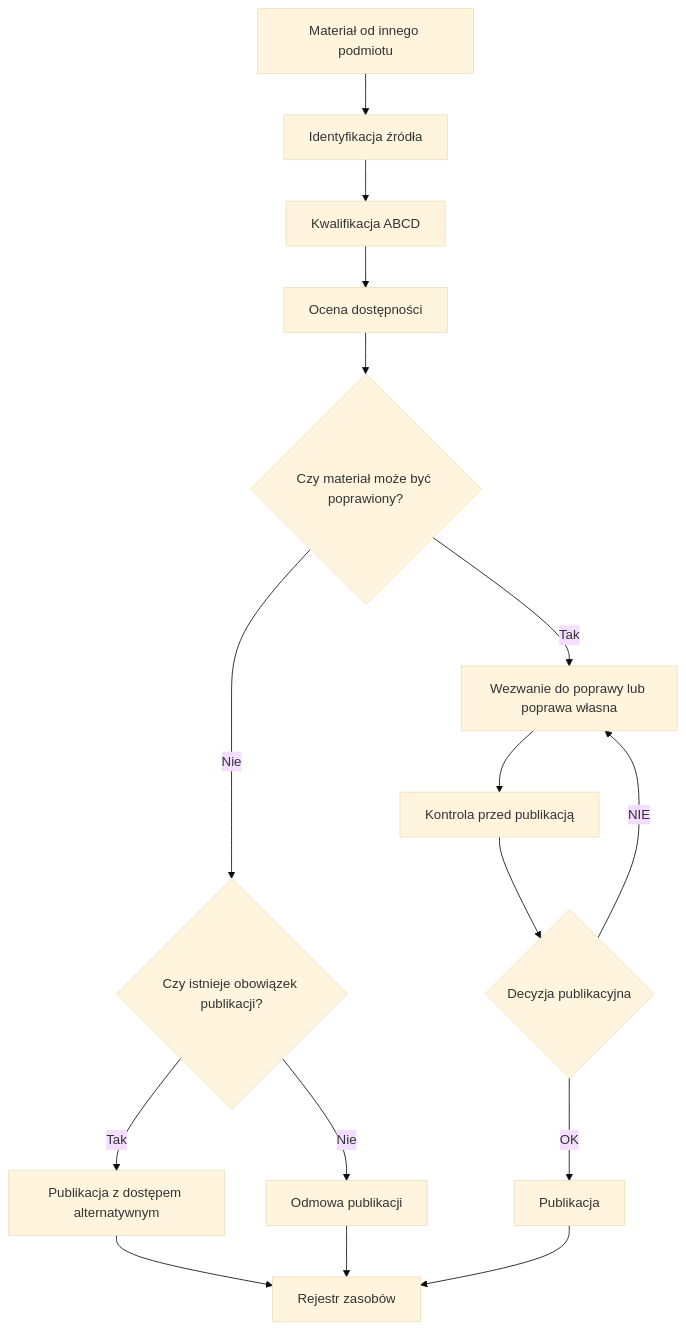
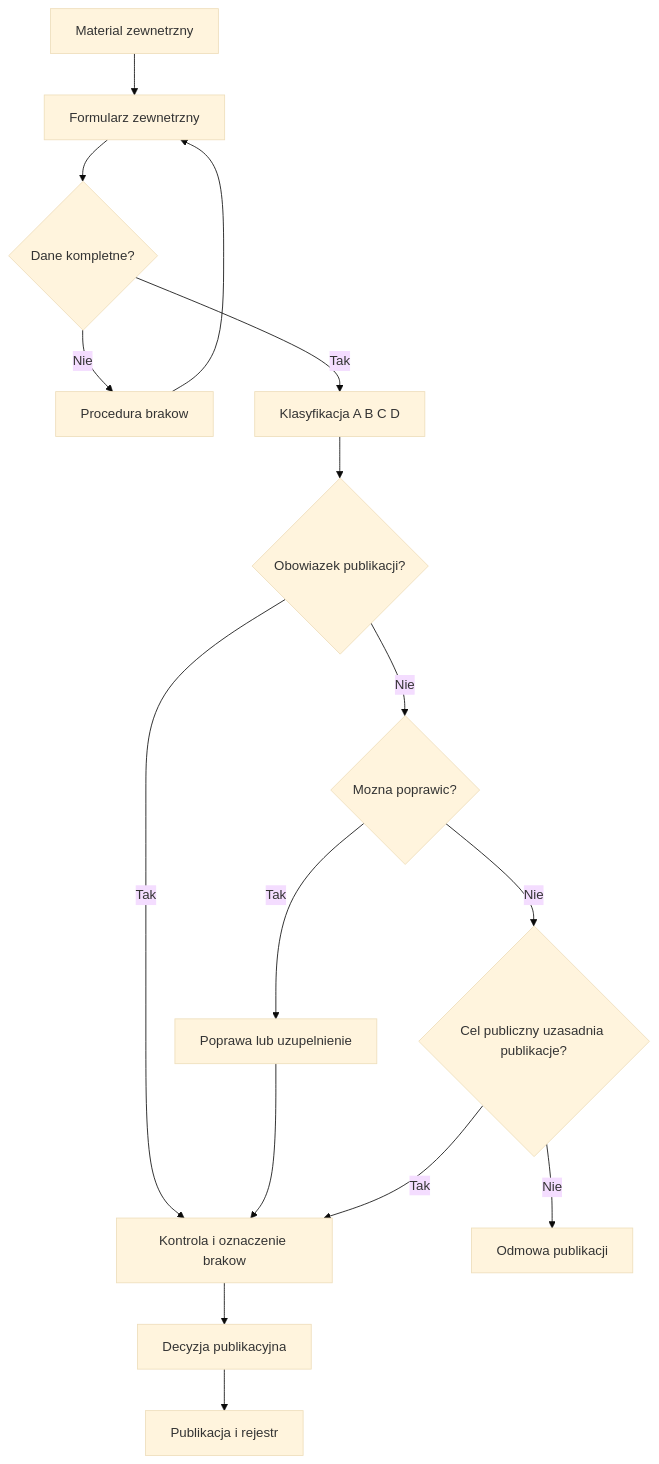
One commit to bwilk-umjaslo/Zarzadzanie-dostepna-trescia-publiczna changed the second of 8 diagrams in src/narzedzia/schematy-procesow.md. Above: the diagram before and after it, drawn with Mermaid (base theme). The commit also changed other lines of this file and 21 other files, not shown here.

````diff
--- a/src/narzedzia/schematy-procesow.md
+++ b/src/narzedzia/schematy-procesow.md
@@ -64,22 +50,18 @@
 ```mermaid
 flowchart TD
-    A[Materiał od innego podmiotu] --> B[Identyfikacja źródła]
-    B --> C[Kwalifikacja ABCD]
-    C --> D[Ocena dostępności]
-    D --> E{Czy materiał może być poprawiony?}
-
-    E -->|Tak| F[Wezwanie do poprawy lub poprawa własna]
-    F --> G[Kontrola przed publikacją]
-
-    E -->|Nie| H{Czy istnieje obowiązek publikacji?}
-    H -->|Tak| I[Publikacja z dostępem alternatywnym]
-    H -->|Nie| J[Odmowa publikacji]
-
-    G --> K{Decyzja publikacyjna}
-    K -->|OK| L[Publikacja]
-    K -->|NIE| F
-
-    I --> M[Rejestr zasobów]
-    J --> M
-    L --> M
+    A[Material zewnetrzny] --> B[Formularz zewnetrzny]
+    B --> C{Dane kompletne?}
+    C -- Nie --> D[Procedura brakow]
+    D --> B
+    C -- Tak --> E[Klasyfikacja A B C D]
+    E --> F{Obowiazek publikacji?}
+    F -- Tak --> G[Kontrola i oznaczenie brakow]
+    F -- Nie --> H{Mozna poprawic?}
+    H -- Tak --> I[Poprawa lub uzupelnienie]
+    I --> G
+    H -- Nie --> J{Cel publiczny uzasadnia publikacje?}
+    J -- Nie --> K[Odmowa publikacji]
+    J -- Tak --> G
+    G --> L[Decyzja publikacyjna]
+    L --> M[Publikacja i rejestr]
 ```
````
